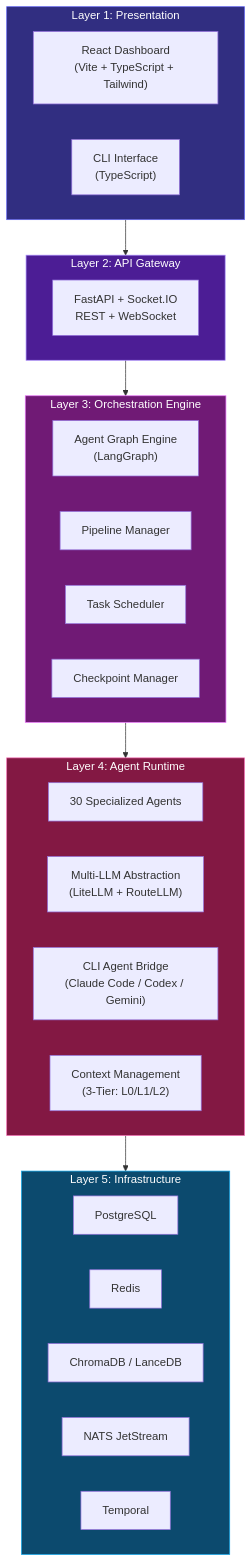
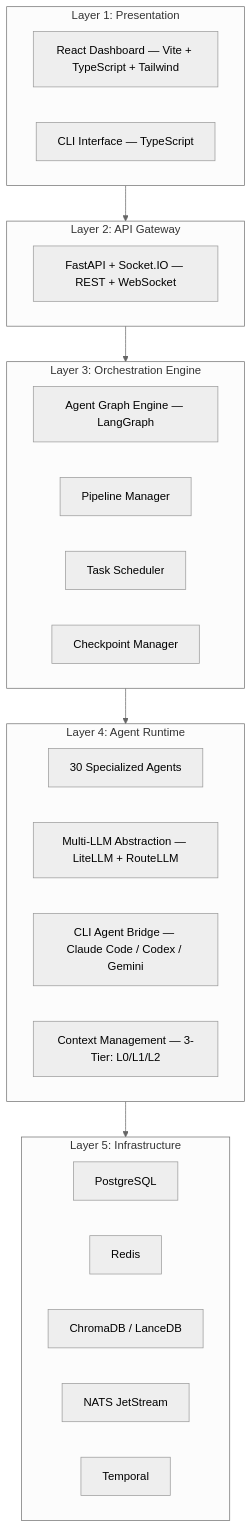
One commit to veerababumanyam/CodeBot changed the third of 3 diagrams in README.md. Above: the diagram before and after it, drawn with Mermaid. The commit also changed other lines of this file and 1 other file, not shown here.

````diff
--- a/README.md
+++ b/README.md
@@ -673,44 +569,39 @@
 ```mermaid
+%%{init: {'theme': 'neutral'}}%%
 graph TB
     subgraph L1["Layer 1: Presentation"]
-        Dashboard["React Dashboard<br>(Vite + TypeScript + Tailwind)"]
-        CLI["CLI Interface<br>(TypeScript)"]
+        Dashboard["React Dashboard — Vite + TypeScript + Tailwind"]
+        CLI["CLI Interface — TypeScript"]
     end
 
     subgraph L2["Layer 2: API Gateway"]
-        API["FastAPI + Socket.IO<br>REST + WebSocket"]
+        API["FastAPI + Socket.IO — REST + WebSocket"]
     end
 
     subgraph L3["Layer 3: Orchestration Engine"]
-        Graph["Agent Graph Engine<br>(LangGraph)"]
+        Graph["Agent Graph Engine — LangGraph"]
         Pipeline["Pipeline Manager"]
         Scheduler["Task Scheduler"]
         Checkpoint["Checkpoint Manager"]
     end
 
     subgraph L4["Layer 4: Agent Runtime"]
         Agents["30 Specialized Agents"]
-        LLM["Multi-LLM Abstraction<br>(LiteLLM + RouteLLM)"]
-        CLIAgents["CLI Agent Bridge<br>(Claude Code / Codex / Gemini)"]
-        Context["Context Management<br>(3-Tier: L0/L1/L2)"]
+        LLM["Multi-LLM Abstraction — LiteLLM + RouteLLM"]
+        CLIAgents["CLI Agent Bridge — Claude Code / Codex / Gemini"]
+        Context["Context Management — 3-Tier: L0/L1/L2"]
     end
 
     subgraph L5["Layer 5: Infrastructure"]
         PG["PostgreSQL"]
         Redis["Redis"]
         Vector["ChromaDB / LanceDB"]
         NATS["NATS JetStream"]
         Temporal["Temporal"]
     end
 
     L1 --> L2
     L2 --> L3
     L3 --> L4
     L4 --> L5
-
-    style L1 fill:#312E81,stroke:#6366F1,color:#fff
-    style L2 fill:#4C1D95,stroke:#A78BFA,color:#fff
-    style L3 fill:#701A75,stroke:#E879F9,color:#fff
-    style L4 fill:#831843,stroke:#F472B6,color:#fff
-    style L5 fill:#0C4A6E,stroke:#0EA5E9,color:#fff
 ```
````
